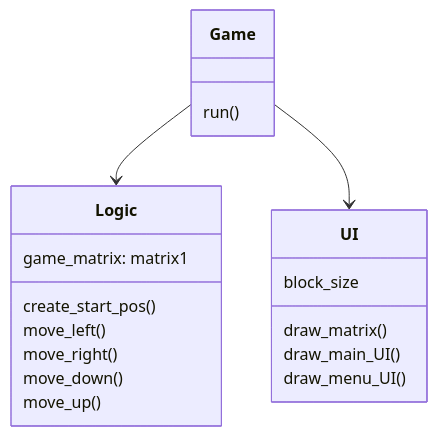
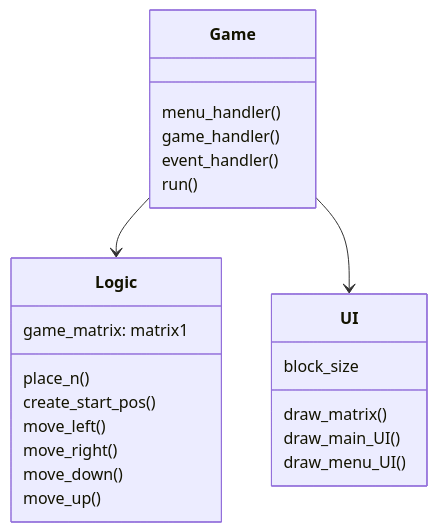
One commit to Jusq17/ot-harjoitustyo changed the diagram in Dokumentaatio/arkkitehtuuri.md. Above: the diagram before and after it, drawn with Mermaid. The commit also changed other lines of this file, not shown here.

````diff
--- a/Dokumentaatio/arkkitehtuuri.md
+++ b/Dokumentaatio/arkkitehtuuri.md
@@ -48,29 +47,33 @@
 ```mermaid
 
   classDiagram
   
   Game --> Logic
   Game --> UI
   
   class Game{
+     menu_handler()
+     game_handler()
+     event_handler()
      run()
   }
   
   class Logic{
     game_matrix: matrix1
     
+    place_n()
     create_start_pos()
     move_left()
     move_right()
     move_down()
     move_up()
   }
   
   class UI{
     block_size
     draw_matrix()
     draw_main_UI()
     draw_menu_UI()
   }
 
 ```
````
